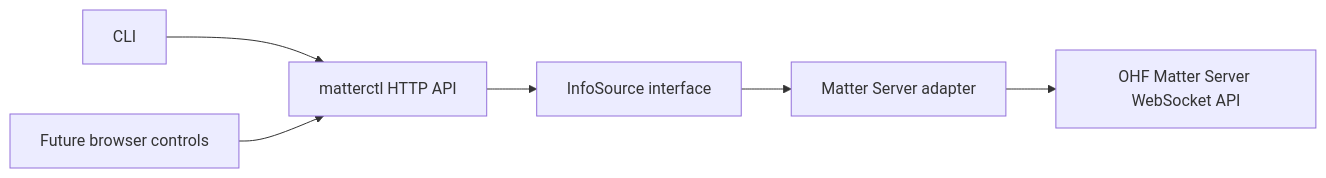
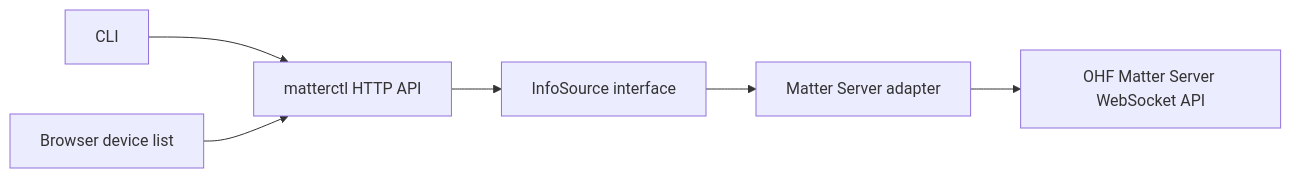
The diagram in ARCHITECTURE.md (andrewhowdencom/matterctl), drawn with Mermaid before and after one commit. The commit also changed other lines of this file and 13 other files, not shown here.

First line of the commit message:
Add live Matter device list to browser

````diff
--- a/ARCHITECTURE.md
+++ b/ARCHITECTURE.md
@@ -7,8 +7,8 @@
 ```mermaid
 flowchart LR
     CLI[CLI] --> HTTP[matterctl HTTP API]
-    Browser[Future browser controls] --> HTTP
+    Browser[Browser device list] --> HTTP
     HTTP --> Source[InfoSource interface]
     Source --> Matter[Matter Server adapter]
     Matter --> WS[OHF Matter Server WebSocket API]
 ```
````
